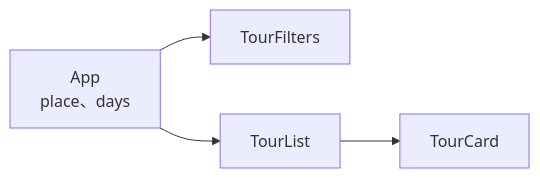
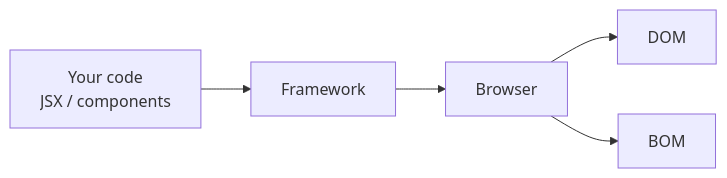
The first of 3 diagrams in source/_posts/lokiTech-15day-09-react-basics.md (summer10920/summer10920.github.io), drawn with Mermaid before and after one commit. The commit also changed other lines of this file and 4 other files, not shown here.

```diff
--- a/source/_posts/lokiTech-15day-09-react-basics.md
+++ b/source/_posts/lokiTech-15day-09-react-basics.md
@@ -218,5 +27,6 @@
 {% mermaid graph LR %}
-App["App<br/>place、days"] --> filters["TourFilters"]
-App --> list["TourList"]
-list --> card["TourCard"]
+  code["Your code<br/>JSX / components"] --> fw["Framework"]
+  fw --> browser["Browser"]
+  browser --> domNode["DOM"]
+  browser --> bomNode["BOM"]
 {% endmermaid %}
```
